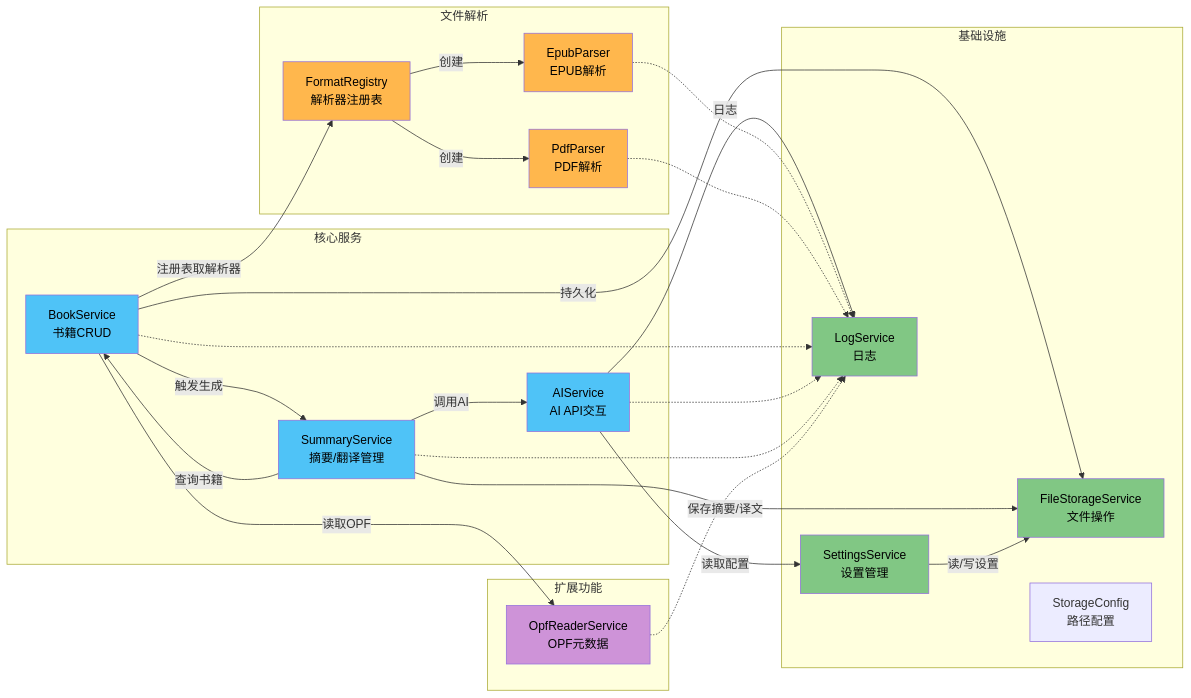
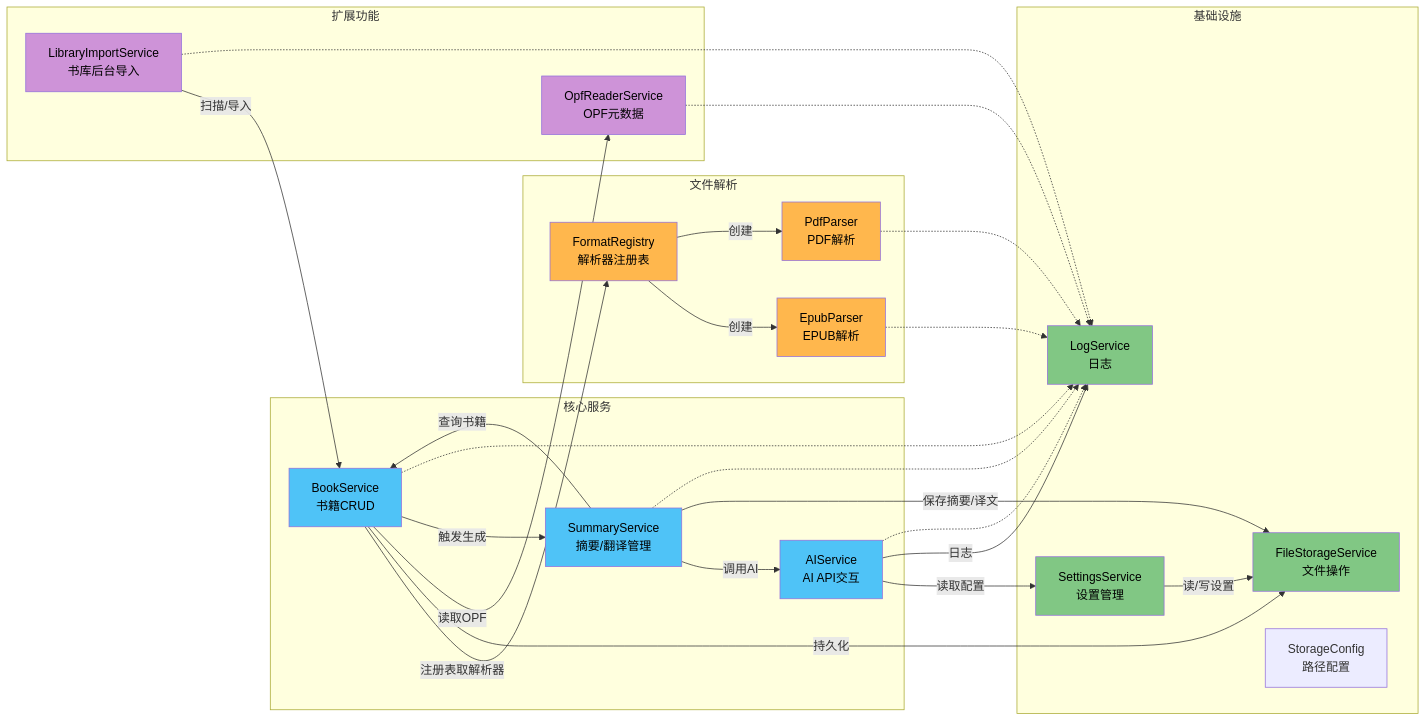
Before and after one commit to jjzhang2000/zhidu: the fourth of 11 diagrams in docs/function_call_relationships_visual.md, drawn with Mermaid. The commit also changed other lines of this file and 49 other files, not shown here.

````diff
--- a/docs/function_call_relationships_visual.md
+++ b/docs/function_call_relationships_visual.md
@@ -210,60 +210,65 @@
 ```mermaid
 graph LR
     subgraph 核心服务
         BS["BookService<br/>书籍CRUD"]
         AS["AIService<br/>AI API交互"]
         SuS["SummaryService<br/>摘要/翻译管理"]
     end
 
     subgraph 文件解析
         FR["FormatRegistry<br/>解析器注册表"]
         EP["EpubParser<br/>EPUB解析"]
         PP["PdfParser<br/>PDF解析"]
     end
 
     subgraph 基础设施
         SS["SettingsService<br/>设置管理"]
         FS["FileStorageService<br/>文件操作"]
         LS["LogService<br/>日志"]
         SC["StorageConfig<br/>路径配置"]
     end
 
     subgraph 扩展功能
         ORS["OpfReaderService<br/>OPF元数据"]
+        LIS["LibraryImportService<br/>书库后台导入"]
     end
 
     BS -->|"注册表取解析器"| FR
     BS -->|"持久化"| FS
     BS -->|"读取OPF"| ORS
     BS -->|"触发生成"| SuS
+
+    LIS -->|"扫描/导入"| BS
+    LIS -.-> LS
 
     FR -->|"创建"| EP
     FR -->|"创建"| PP
 
     SuS -->|"调用AI"| AS
     SuS -->|"保存摘要/译文"| FS
     SuS -->|"查询书籍"| BS
 
     AS -->|"读取配置"| SS
     AS -->|"日志"| LS
 
     SS -->|"读/写设置"| FS
 
     EP -.-> LS
     PP -.-> LS
     BS -.-> LS
     AS -.-> LS
     SuS -.-> LS
     ORS -.-> LS
 
     style BS fill:#4fc3f7,color:#000
     style AS fill:#4fc3f7,color:#000
     style SuS fill:#4fc3f7,color:#000
     style LS fill:#81c784,color:#000
     style FS fill:#81c784,color:#000
     style SS fill:#81c784,color:#000
     style FR fill:#ffb74d,color:#000
     style EP fill:#ffb74d,color:#000
     style PP fill:#ffb74d,color:#000
     style ORS fill:#ce93d8,color:#000
+    style LIS fill:#ce93d8,color:#000
 ```
````
